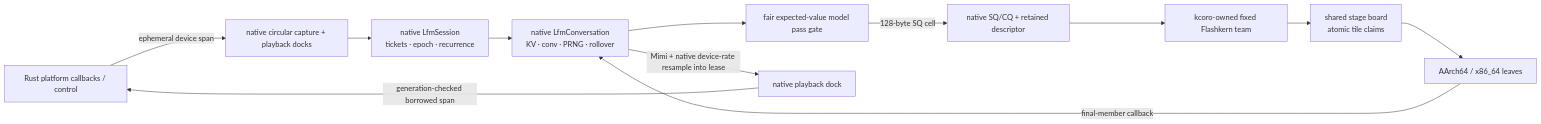
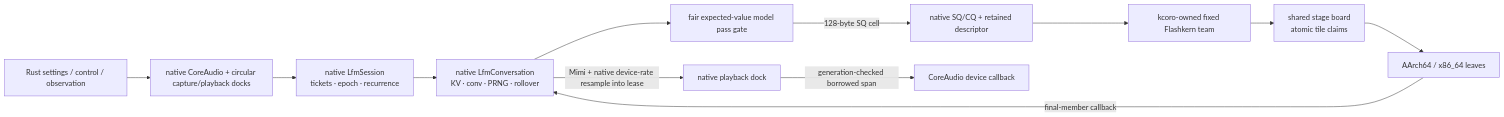
Before and after one commit to SolaceHarmony/emberharmony: the diagram in crates/liquid-audio/docs/DECODE_ENGINE.md, drawn with Mermaid. The commit also changed other lines of this file and 50 other files, not shown here.

````diff
--- a/crates/liquid-audio/docs/DECODE_ENGINE.md
+++ b/crates/liquid-audio/docs/DECODE_ENGINE.md
@@ -69,14 +72,14 @@
 ```mermaid
 flowchart LR
-    Host["Rust platform callbacks / control"] -->|"ephemeral device span"| Dock["native circular capture + playback docks"]
+    Host["Rust settings / control / observation"] --> Dock["native CoreAudio + circular capture/playback docks"]
     Dock --> Session["native LfmSession<br/>tickets · epoch · recurrence"]
     Session --> Conv["native LfmConversation<br/>KV · conv · PRNG · rollover"]
     Conv --> Gate["fair expected-value model pass gate"]
     Gate -->|"128-byte SQ cell"| Bridge["native SQ/CQ + retained descriptor"]
     Bridge --> Team["kcoro-owned fixed Flashkern team"]
     Team --> Board["shared stage board<br/>atomic tile claims"]
     Board --> Kernels["AArch64 / x86_64 leaves"]
     Kernels -->|"final-member callback"| Conv
     Conv -->|"Mimi + native device-rate resample into lease"| Playback["native playback dock"]
-    Playback -->|"generation-checked borrowed span"| Host
+    Playback -->|"generation-checked borrowed span"| Device["CoreAudio device callback"]
 ```
````
